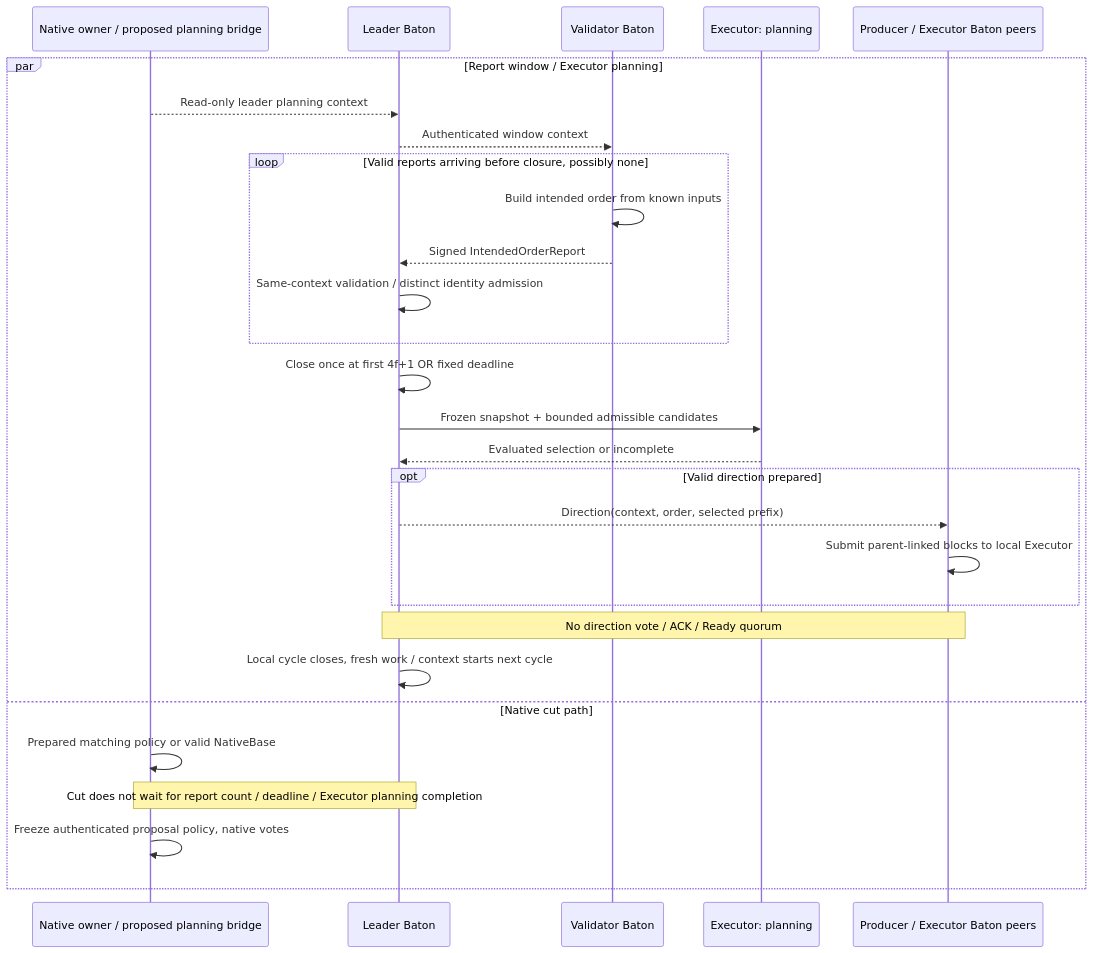
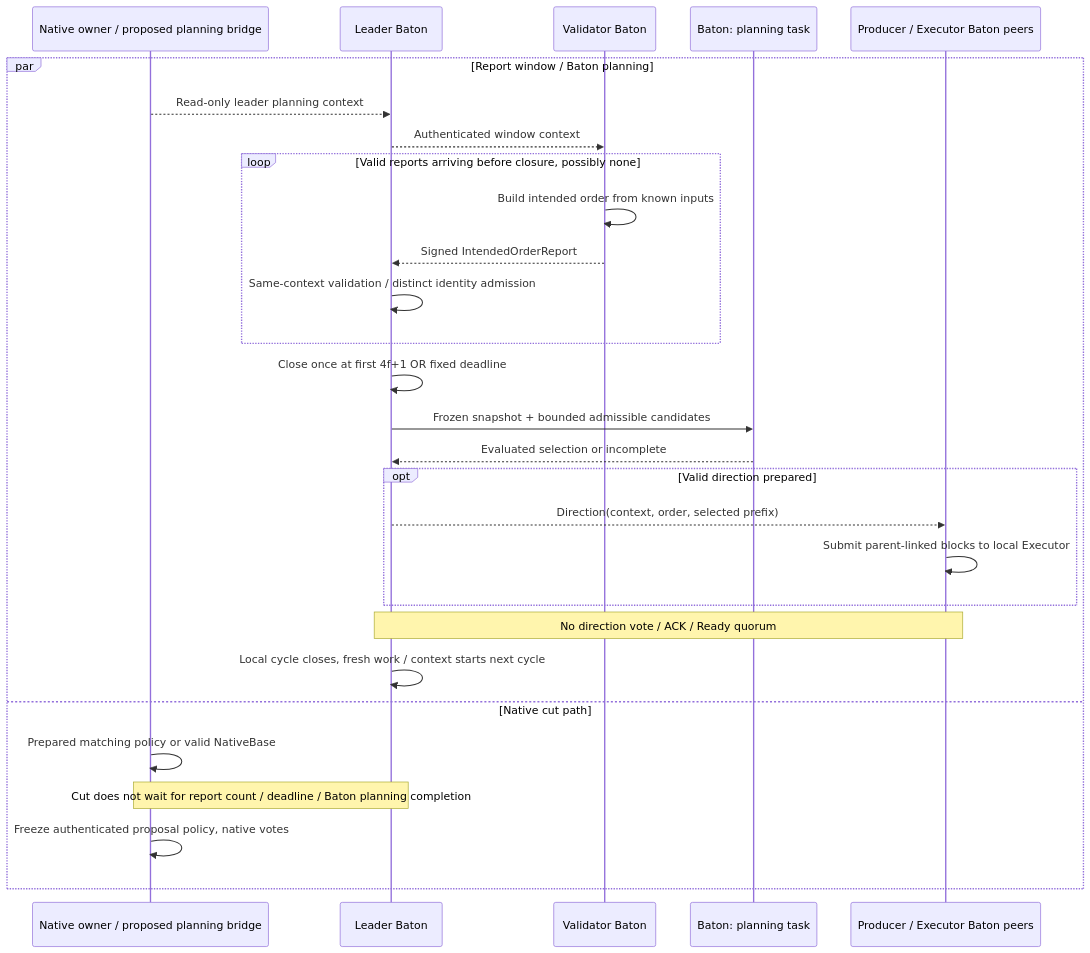
Before and after one commit to djm07073/baton-research: the first of 2 diagrams in docs/e2e/leader.md, drawn with Mermaid. The commit also changed other lines of this file and 67 other files, not shown here.

````diff
--- a/docs/e2e/leader.md
+++ b/docs/e2e/leader.md
@@ -7,30 +7,30 @@
 ```mermaid
 sequenceDiagram
     participant N as Native owner / proposed planning bridge
     participant L as Leader Baton
     participant V as Validator Baton
-    participant P as Executor: planning
+    participant P as Baton: planning task
     participant X as Producer / Executor Baton peers
-    par Report window / Executor planning
+    par Report window / Baton planning
         N-->>L: Read-only leader planning context
         L-->>V: Authenticated window context
         loop Valid reports arriving before closure, possibly none
             V->>V: Build intended order from known inputs
             V-->>L: Signed IntendedOrderReport
             L->>L: Same-context validation / distinct identity admission
         end
         L->>L: Close once at first 4f+1 OR fixed deadline
         L->>P: Frozen snapshot + bounded admissible candidates
         P-->>L: Evaluated selection or incomplete
         opt Valid direction prepared
             L-->>X: Direction(context, order, selected prefix)
             X->>X: Submit parent-linked blocks to local Executor
         end
         Note over L,X: No direction vote / ACK / Ready quorum
         L->>L: Local cycle closes, fresh work / context starts next cycle
     and Native cut path
         N->>N: Prepared matching policy or valid NativeBase
-        Note over N,L: Cut does not wait for report count / deadline / Executor planning completion
+        Note over N,L: Cut does not wait for report count / deadline / Baton planning completion
         N->>N: Freeze authenticated proposal policy, native votes
     end
 ```
````
